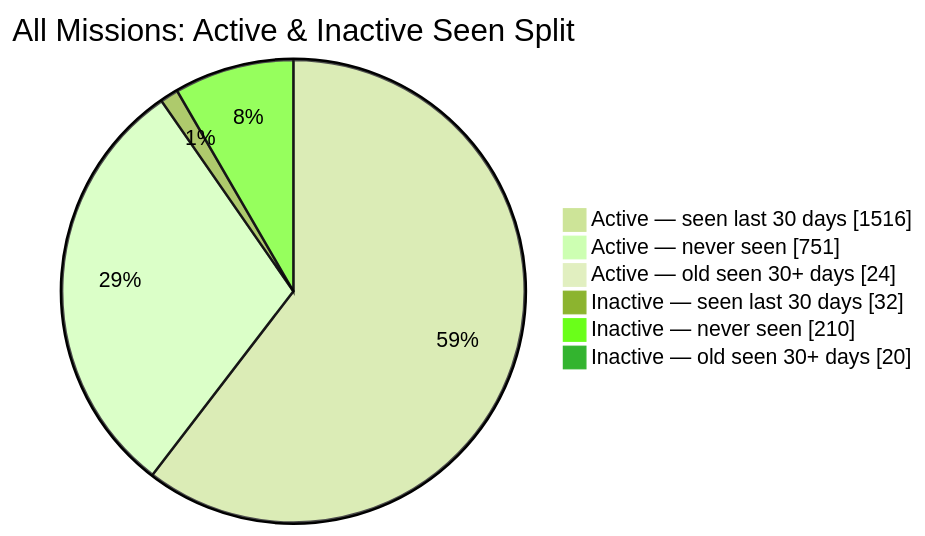
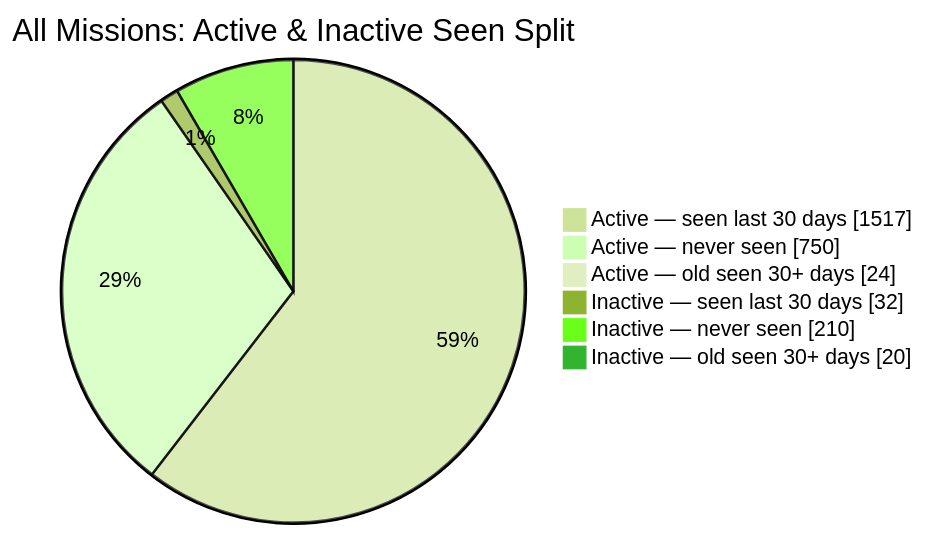
The second of 2 diagrams in README.md (MeldkamerspelGameTeam/active-missions), drawn with Mermaid (forest theme) before and after one commit. The commit also changed other lines of this file and 3 other files, not shown here.

````diff
--- a/README.md
+++ b/README.md
@@ -44,10 +44,10 @@
 ```mermaid
 pie showData
     title All Missions: Active & Inactive Seen Split
-    "Active — seen last 30 days" : 1516
-    "Active — never seen" : 751
+    "Active — seen last 30 days" : 1517
+    "Active — never seen" : 750
     "Active — old seen 30+ days" : 24
     "Inactive — seen last 30 days" : 32
     "Inactive — never seen" : 210
     "Inactive — old seen 30+ days" : 20
 ```
````
